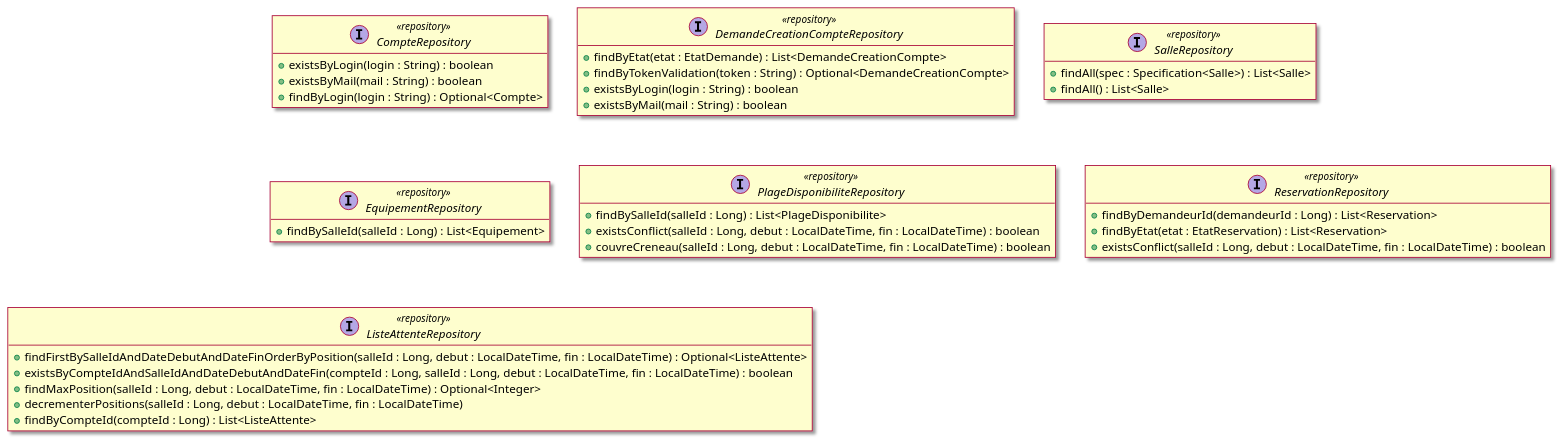
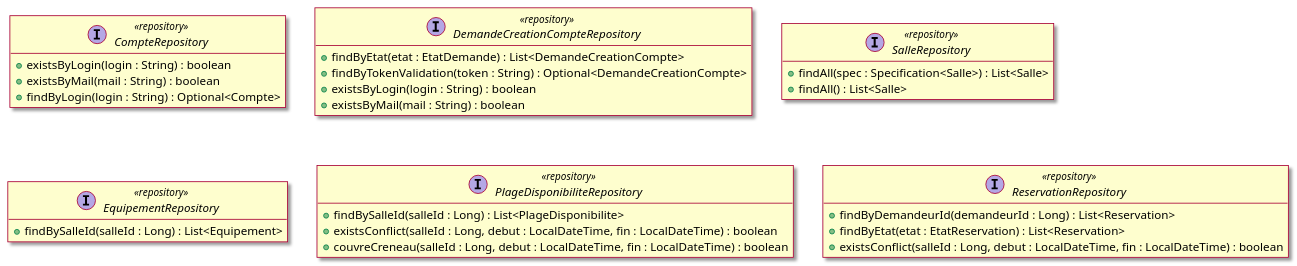
Before and after one commit to mrajaonson/glg204-room-management-system: diagram 33 of 35 in docs/03-Conception.md, drawn with PlantUML. The commit also changed other lines of this file and 3 other files, not shown here.

````diff
--- a/docs/03-Conception.md
+++ b/docs/03-Conception.md
@@ -1757,49 +1609,41 @@
 ```plantuml
 @startuml
 skin rose
 hide empty members
 
 interface CompteRepository <<repository>> {
   + existsByLogin(login : String) : boolean
   + existsByMail(mail : String) : boolean
   + findByLogin(login : String) : Optional<Compte>
 }
 
 interface DemandeCreationCompteRepository <<repository>> {
   + findByEtat(etat : EtatDemande) : List<DemandeCreationCompte>
   + findByTokenValidation(token : String) : Optional<DemandeCreationCompte>
   + existsByLogin(login : String) : boolean
   + existsByMail(mail : String) : boolean
 }
 
 interface SalleRepository <<repository>> {
   + findAll(spec : Specification<Salle>) : List<Salle>
   + findAll() : List<Salle>
 }
 
 interface EquipementRepository <<repository>> {
   + findBySalleId(salleId : Long) : List<Equipement>
 }
 
 interface PlageDisponibiliteRepository <<repository>> {
   + findBySalleId(salleId : Long) : List<PlageDisponibilite>
   + existsConflict(salleId : Long, debut : LocalDateTime, fin : LocalDateTime) : boolean
   + couvreCreneau(salleId : Long, debut : LocalDateTime, fin : LocalDateTime) : boolean
 }
 
 interface ReservationRepository <<repository>> {
   + findByDemandeurId(demandeurId : Long) : List<Reservation>
   + findByEtat(etat : EtatReservation) : List<Reservation>
   + existsConflict(salleId : Long, debut : LocalDateTime, fin : LocalDateTime) : boolean
 }
 
-interface ListeAttenteRepository <<repository>> {
-  + findFirstBySalleIdAndDateDebutAndDateFinOrderByPosition(salleId : Long, debut : LocalDateTime, fin : LocalDateTime) : Optional<ListeAttente>
-  + existsByCompteIdAndSalleIdAndDateDebutAndDateFin(compteId : Long, salleId : Long, debut : LocalDateTime, fin : LocalDateTime) : boolean
-  + findMaxPosition(salleId : Long, debut : LocalDateTime, fin : LocalDateTime) : Optional<Integer>
-  + decrementerPositions(salleId : Long, debut : LocalDateTime, fin : LocalDateTime)
-  + findByCompteId(compteId : Long) : List<ListeAttente>
-}
-
 @enduml
 ```
````
